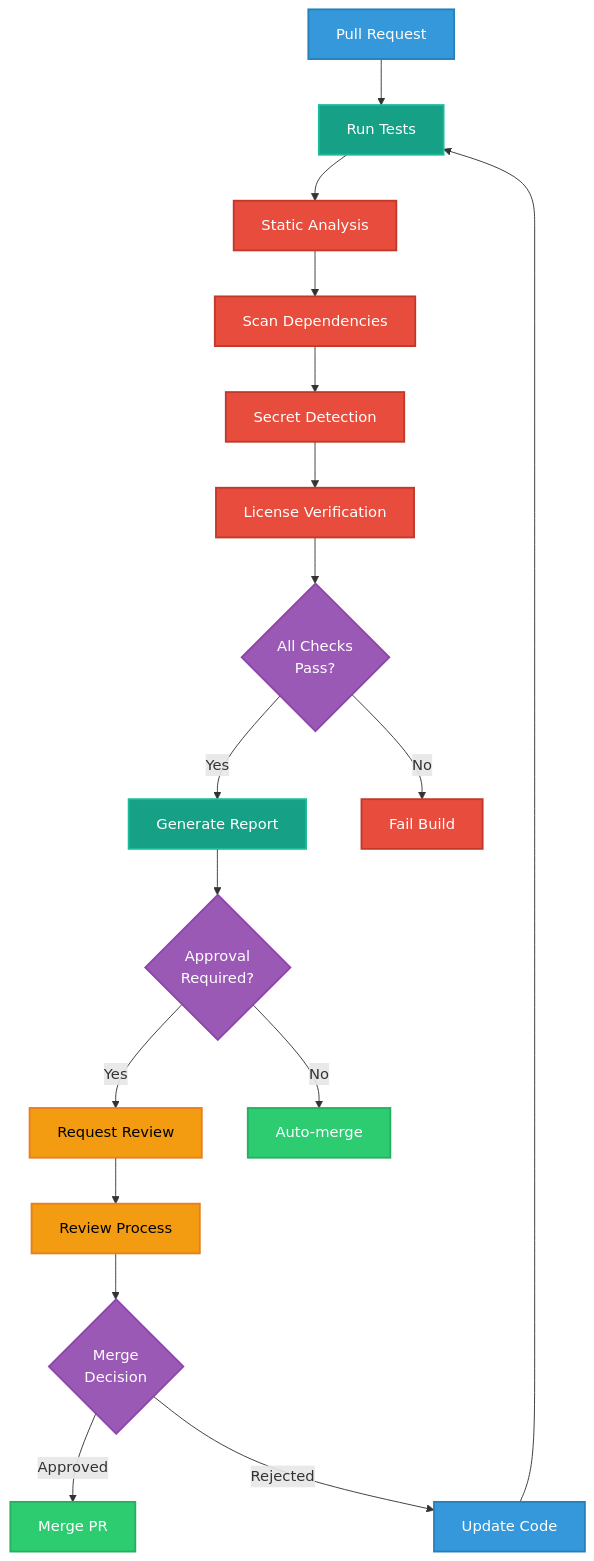
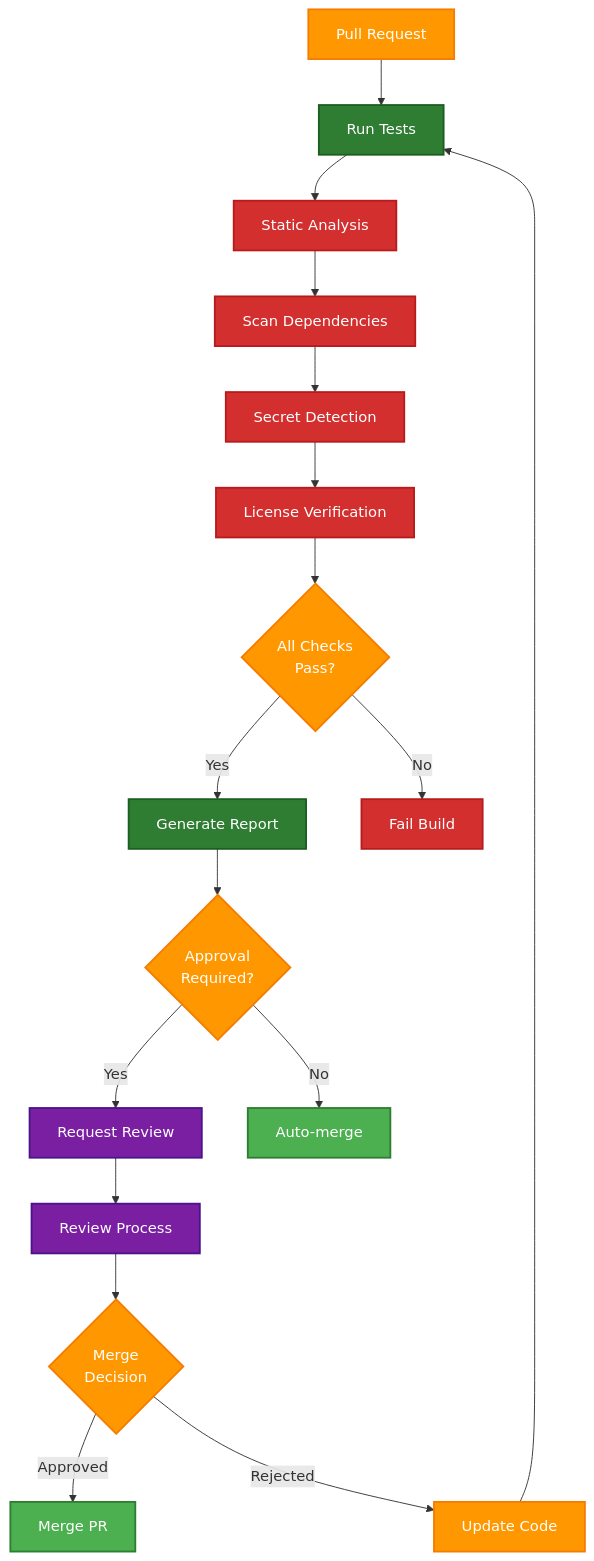
Before and after one commit to step-security-bot/cia-compliance-manager: the third of 13 diagrams in docs/architecture/WORKFLOWS.md, drawn with Mermaid. The commit also changed other lines of this file and 27 other files, not shown here.

First line of the commit message:
fix: resolve broken mermaid diagrams and improve color coding to match ISMS style guide (#1106)

````diff
--- a/docs/architecture/WORKFLOWS.md
+++ b/docs/architecture/WORKFLOWS.md
@@ -373,35 +373,35 @@
 ```mermaid
 flowchart TD
     PR[Pull Request] --> Tests[Run Tests]
     Tests --> StaticAnalysis[Static Analysis]
     StaticAnalysis --> DependencyScan[Scan Dependencies]
     DependencyScan --> SecretScanning[Secret Detection]
     SecretScanning --> LicenseCheck[License Verification]
     LicenseCheck --> QualityGates{All Checks<br>Pass?}
     QualityGates -->|Yes| Report[Generate Report]
     QualityGates -->|No| Fail[Fail Build]
     
     Report --> Approval{Approval<br>Required?}
     Approval -->|Yes| RequestReview[Request Review]
     Approval -->|No| AutoMerge[Auto-merge]
     
     RequestReview --> ReviewProcess[Review Process]
     ReviewProcess --> MergeDecision{Merge<br>Decision}
     MergeDecision -->|Approved| Merge[Merge PR]
     MergeDecision -->|Rejected| UpdateCode[Update Code]
     UpdateCode --> Tests
     
-    classDef pr fill:#3498db,stroke:#2980b9,stroke-width:2px,color:white
-    classDef test fill:#16a085,stroke:#1abc9c,stroke-width:2px,color:white
-    classDef security fill:#e74c3c,stroke:#c0392b,stroke-width:2px,color:white
-    classDef decision fill:#9b59b6,stroke:#8e44ad,stroke-width:2px,color:white
-    classDef merge fill:#2ecc71,stroke:#27ae60,stroke-width:2px,color:white
-    classDef review fill:#f39c12,stroke:#e67e22,stroke-width:2px,color:black
+    classDef pr fill:#FF9800,stroke:#F57C00,stroke-width:2px,color:#ffffff
+    classDef test fill:#2E7D32,stroke:#1B5E20,stroke-width:2px,color:#ffffff
+    classDef security fill:#D32F2F,stroke:#B71C1C,stroke-width:2px,color:#ffffff
+    classDef decision fill:#FF9800,stroke:#F57C00,stroke-width:2px,color:#ffffff
+    classDef merge fill:#4CAF50,stroke:#2E7D32,stroke-width:2px,color:#ffffff
+    classDef review fill:#7B1FA2,stroke:#4A148C,stroke-width:2px,color:#ffffff
     
     class PR,UpdateCode pr
     class Tests,Report test
     class StaticAnalysis,DependencyScan,SecretScanning,LicenseCheck,Fail security
     class QualityGates,Approval,MergeDecision decision
     class AutoMerge,Merge merge
     class RequestReview,ReviewProcess review
 ```
````
